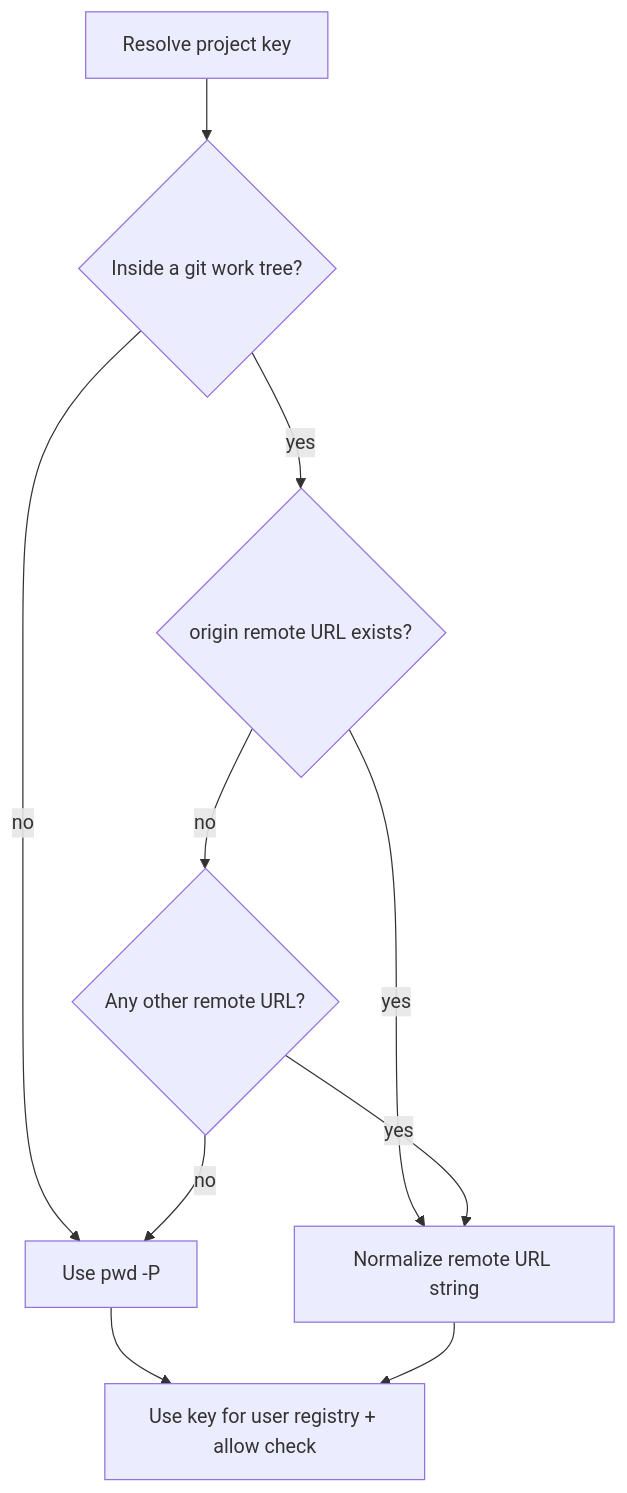
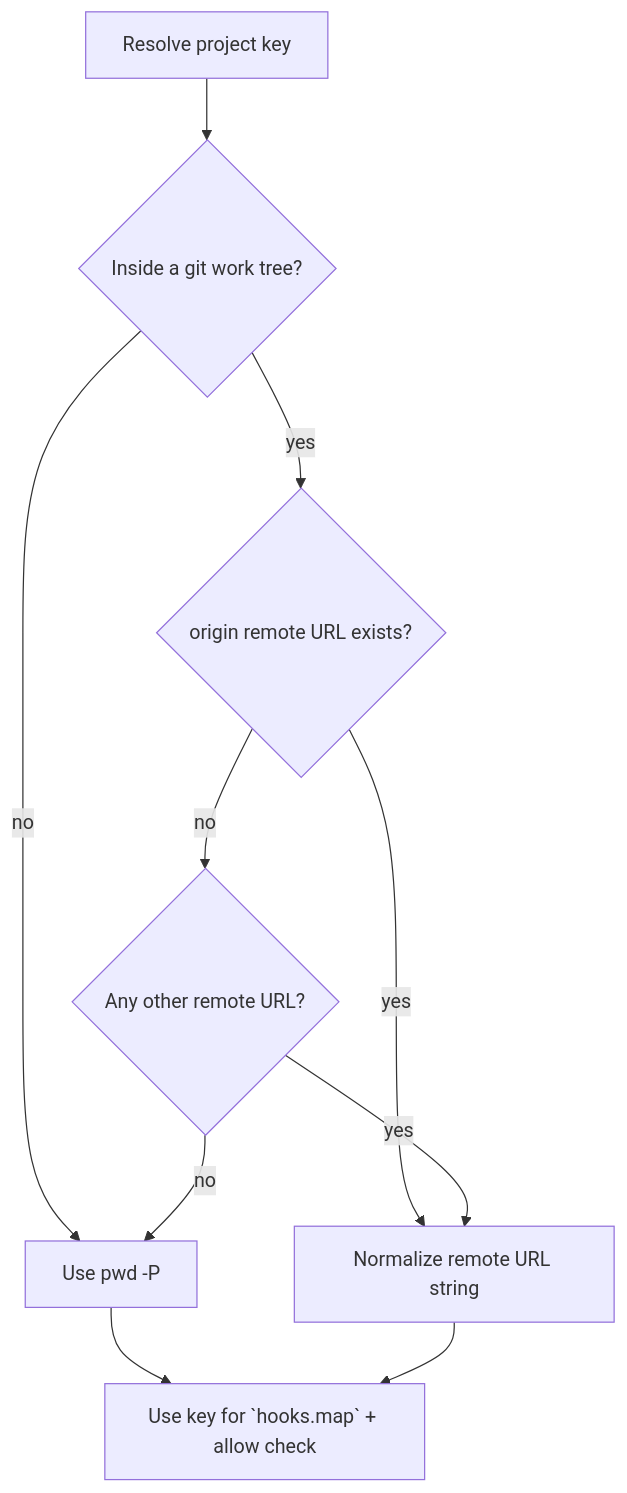
Before and after one commit to prasadvamer/aliprehook: the first of 2 diagrams in doc/01_shell-aliprehook-system.md, drawn with Mermaid. The commit also changed other lines of this file and 24 other files, not shown here.

````diff
--- a/doc/01_shell-aliprehook-system.md
+++ b/doc/01_shell-aliprehook-system.md
@@ -129,18 +150,18 @@
 ```mermaid
 flowchart TD
   start["Resolve project key"]
   inGit{"Inside a git work tree?"}
   origin{"origin remote URL exists?"}
   first{"Any other remote URL?"}
   norm["Normalize remote URL string"]
   pwdKey["Use pwd -P"]
-  done["Use key for user registry + allow check"]
+  done["Use key for `hooks.map` + allow check"]
 
   start --> inGit
   inGit -->|no| pwdKey --> done
   inGit -->|yes| origin
   origin -->|yes| norm --> done
   origin -->|no| first
   first -->|yes| norm
   first -->|no| pwdKey
 ```
````
